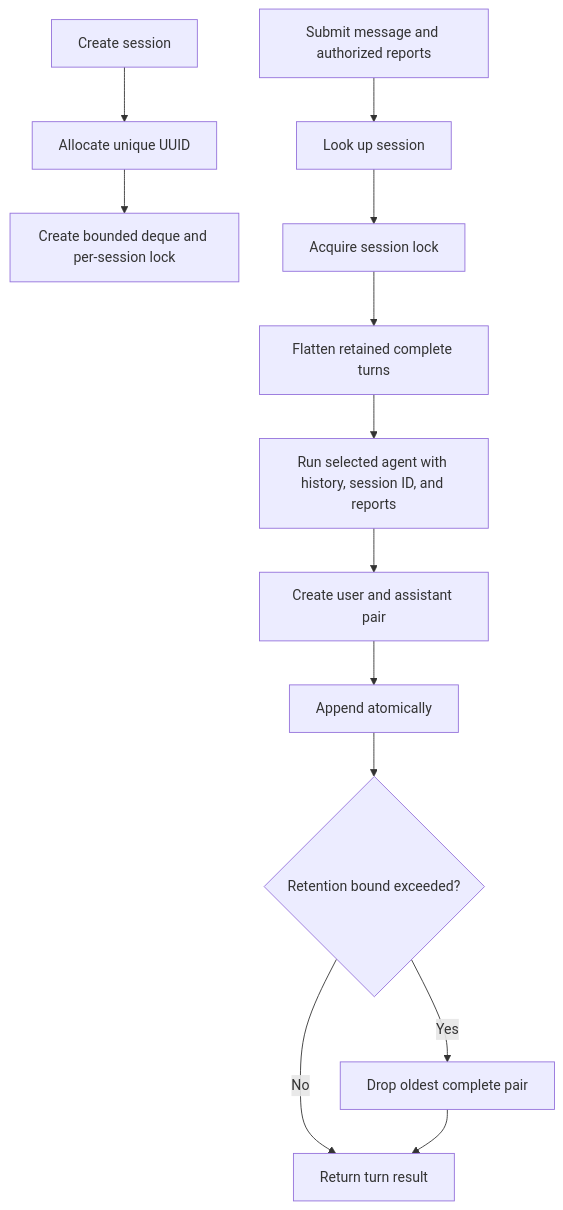
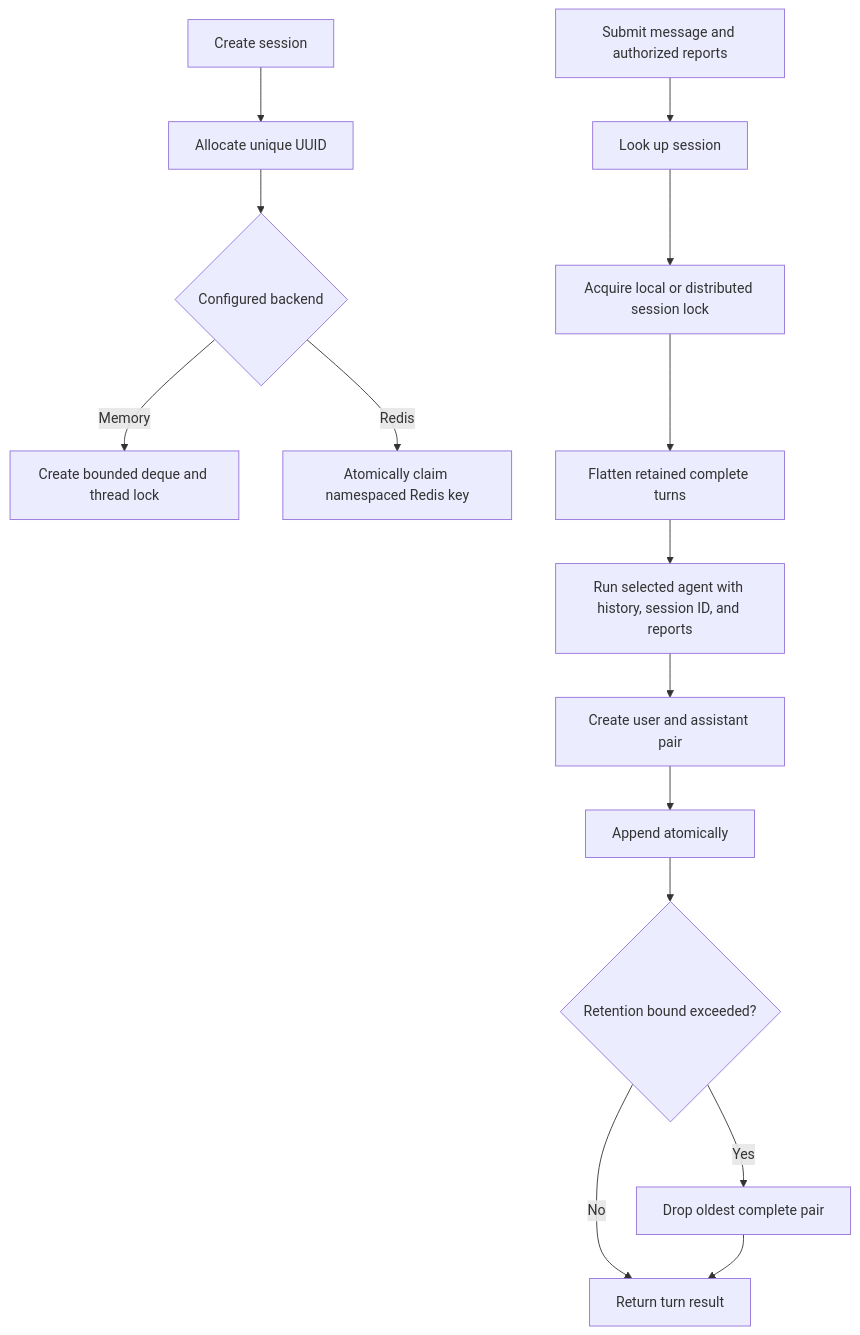
One commit to govtech-responsibleai/agentic-eval-toyapp changed the sixth of 16 diagrams in architecture.md. Above: the diagram before and after it, drawn with Mermaid. The commit also changed other lines of this file and 18 other files, not shown here.

````diff
--- a/architecture.md
+++ b/architecture.md
@@ -430,15 +438,17 @@
 ```mermaid
 flowchart TD
     Create[Create session] --> UUID[Allocate unique UUID]
-    UUID --> Record[Create bounded deque and per-session lock]
+    UUID --> Backend{Configured backend}
+    Backend -->|Memory| Record[Create bounded deque and thread lock]
+    Backend -->|Redis| RedisRecord[Atomically claim namespaced Redis key]
     Message[Submit message and authorized reports] --> Lookup[Look up session]
-    Lookup --> Lock[Acquire session lock]
+    Lookup --> Lock[Acquire local or distributed session lock]
     Lock --> History[Flatten retained complete turns]
     History --> Agent[Run selected agent with history, session ID, and reports]
     Agent --> Pair[Create user and assistant pair]
     Pair --> Append[Append atomically]
     Append --> Trim{Retention bound exceeded?}
     Trim -->|Yes| Drop[Drop oldest complete pair]
     Trim -->|No| Return[Return turn result]
     Drop --> Return
 ```
````
